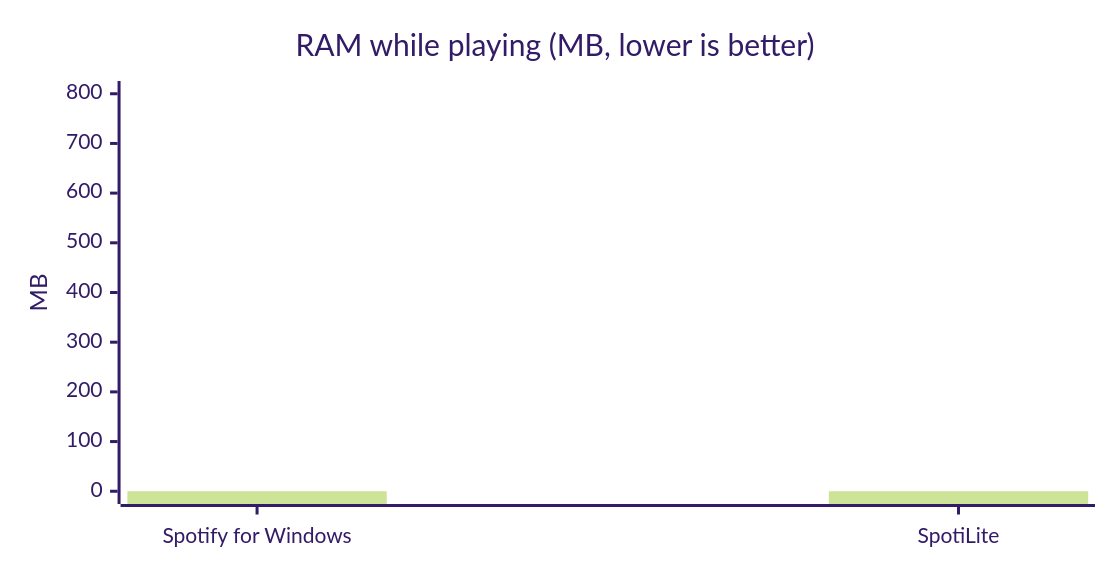
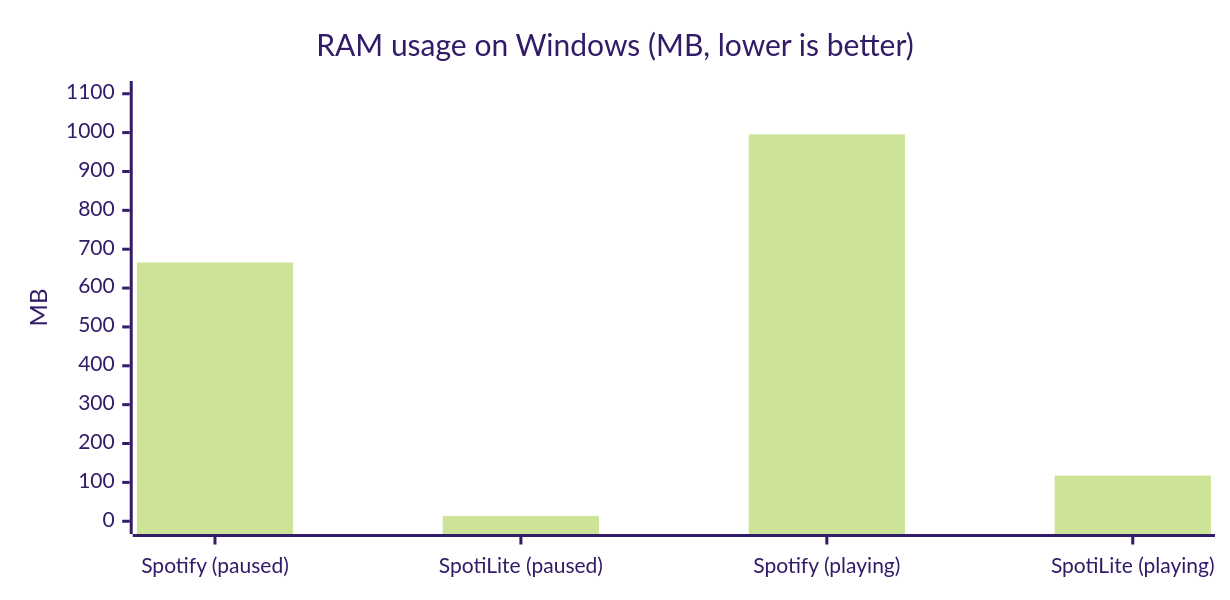
The first of 2 diagrams in README.md (Clemslegoat/SpotiLite), drawn with Mermaid (forest theme) before and after one commit. The commit also changed other lines of this file, not shown here.

First line of the commit message:
Revise memory usage section and update chart

````diff
--- a/README.md
+++ b/README.md
@@ -34,14 +36,14 @@
 ```mermaid
 ---
 config:
   look: handDrawn
   xyChart:
-    width: 720
-    height: 360
+    width: 800
+    height: 380
 ---
 xychart-beta
-    title "RAM while playing (MB, lower is better)"
-    x-axis ["Spotify for Windows", "SpotiLite"]
-    y-axis "MB" 0 --> 800
-    bar [0, 0]
+    title "RAM usage on Windows (MB, lower is better)"
+    x-axis ["Spotify (paused)", "SpotiLite (paused)", "Spotify (playing)", "SpotiLite (playing)"]
+    y-axis "MB" 0 --> 1100
+    bar [665.9, 13.7, 995.5, 117.6]
 ```
````
